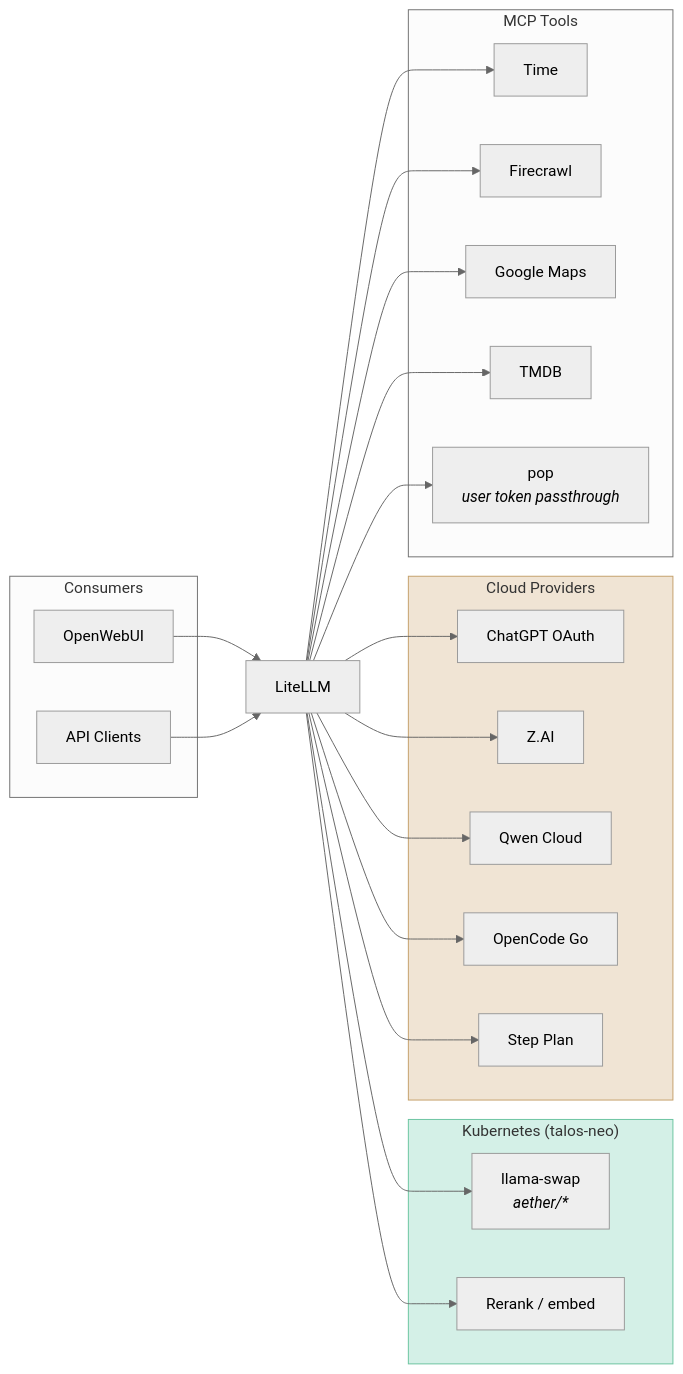
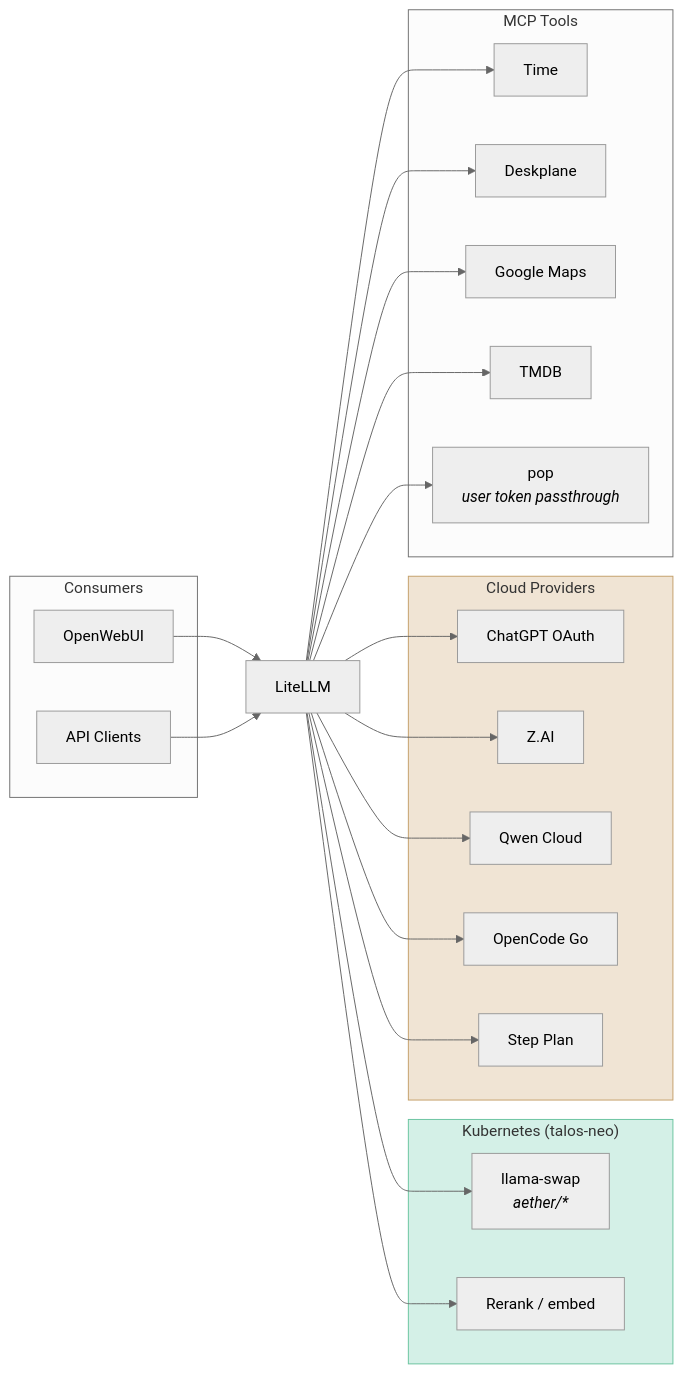
The diagram in docs/ai-ml.md (shedrachokonofua/aether), drawn with Mermaid (neutral theme) before and after one commit. The commit also changed other lines of this file and 14 other files, not shown here.

First line of the commit message:
Retire Firecrawl: orion extracts via Deskplane, drop Firecrawl MCP and namespace

````diff
--- a/docs/ai-ml.md
+++ b/docs/ai-ml.md
@@ -396,38 +396,38 @@
 ```mermaid
 flowchart LR
     subgraph Consumers
         OWUI[OpenWebUI]
         API[API Clients]
     end
 
     LLM[LiteLLM]
 
     subgraph K8s["Kubernetes (talos-neo)"]
         LS[llama-swap<br/><i>aether/*</i>]
         RR[Rerank / embed]
     end
 
     subgraph Cloud["Cloud Providers"]
         OAI[ChatGPT OAuth]
         ZAI[Z.AI]
         QWEN[Qwen Cloud]
         OCGO[OpenCode Go]
         STEP[Step Plan]
     end
 
     subgraph MCP["MCP Tools"]
         TIME[Time]
-        FC[Firecrawl]
+        DP[Deskplane]
         GMAPS[Google Maps]
         TMDB[TMDB]
         POP[pop<br/><i>user token passthrough</i>]
     end
 
     OWUI & API --> LLM
     LLM --> LS & RR
     LLM --> OAI & ZAI & QWEN & OCGO & STEP
-    LLM --> TIME & FC & GMAPS & TMDB & POP
+    LLM --> TIME & DP & GMAPS & TMDB & POP
 
     style K8s fill:#d4f0e7,stroke:#6ac4a0
     style Cloud fill:#f0e4d4,stroke:#c4a06a
 ```
````
